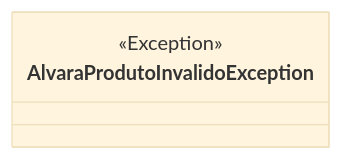
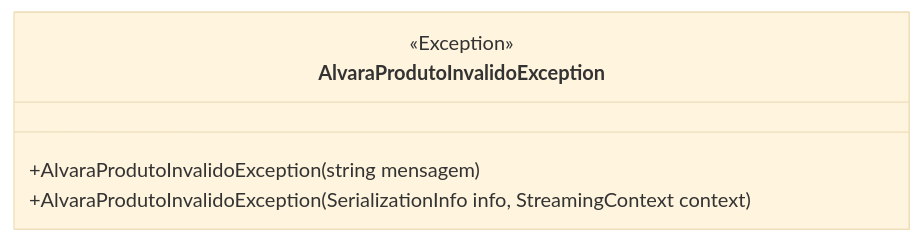
One commit to IsthmusSistemas/documentacao-tecnica changed the diagram in docs/b2b-dominio/IsthmusWinthor.Nucleo/IsthmusWinthor.Dominio/Exceptions/AlvaraProdutoInvalidoException.md. Above: the diagram before and after it, drawn with Mermaid (base theme). The commit also changed other lines of this file and 882 other files, not shown here.

````diff
--- a/docs/b2b-dominio/IsthmusWinthor.Nucleo/IsthmusWinthor.Dominio/Exceptions/AlvaraProdutoInvalidoException.md
+++ b/docs/b2b-dominio/IsthmusWinthor.Nucleo/IsthmusWinthor.Dominio/Exceptions/AlvaraProdutoInvalidoException.md
@@ -35,6 +29,8 @@
 ```mermaid
 classDiagram
     class AlvaraProdutoInvalidoException {
         <<Exception>>
+        +AlvaraProdutoInvalidoException(string mensagem)
+        +AlvaraProdutoInvalidoException(SerializationInfo info, StreamingContext context)
     }
 ``` 
````
